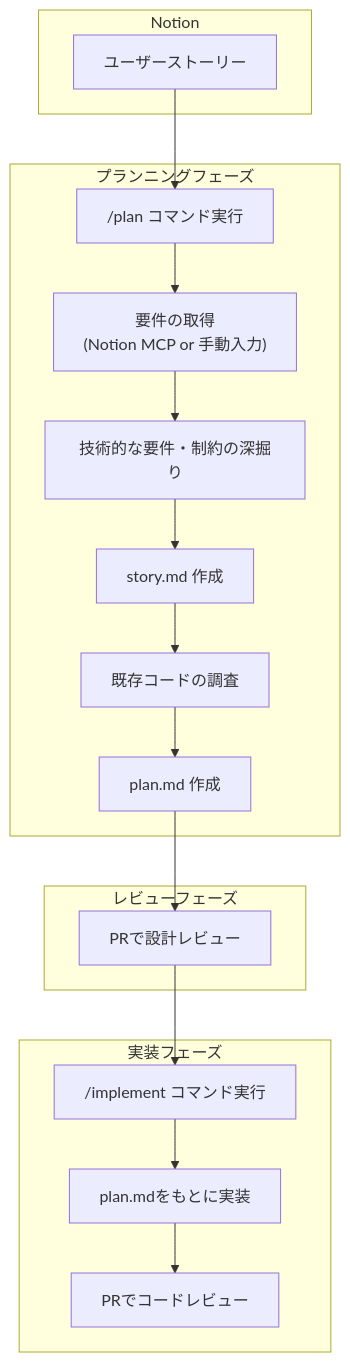
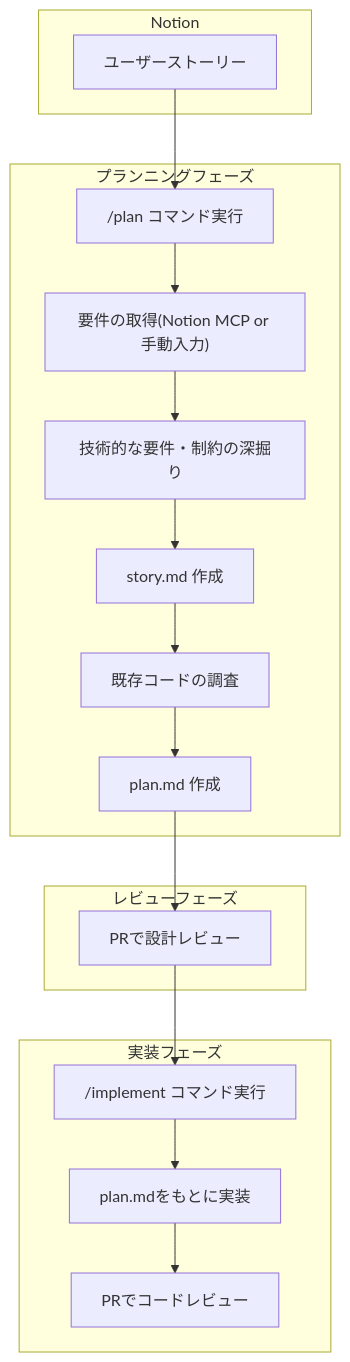
One commit to thinceller/zenn.dev changed the diagram in articles/building-planmd-system-for-team.md. Above: the diagram before and after it, drawn with Mermaid. The commit also changed other lines of this file, not shown here.

````diff
--- a/articles/building-planmd-system-for-team.md
+++ b/articles/building-planmd-system-for-team.md
@@ -118,36 +118,36 @@
 ```mermaid
 flowchart TD
     subgraph Notion["Notion"]
         US[ユーザーストーリー]
     end
 
     subgraph Planning["プランニングフェーズ"]
         PC["/plan コマンド実行"]
-        FU["要件の取得\n(Notion MCP or 手動入力)"]
+        FU["要件の取得(Notion MCP or 手動入力)"]
         INV["技術的な要件・制約の深掘り"]
         SM["story.md 作成"]
         CODE_INV["既存コードの調査"]
         PM["plan.md 作成"]
     end
 
     subgraph Review["レビューフェーズ"]
         PR_PLAN["PRで設計レビュー"]
     end
 
     subgraph Implementation["実装フェーズ"]
         IC["/implement コマンド実行"]
         IMPL["plan.mdをもとに実装"]
         PR_CODE["PRでコードレビュー"]
     end
 
     US --> PC
     PC --> FU
     FU --> INV
     INV --> SM
     SM --> CODE_INV
     CODE_INV --> PM
     PM --> PR_PLAN
     PR_PLAN --> IC
     IC --> IMPL
     IMPL --> PR_CODE
 ```
````
